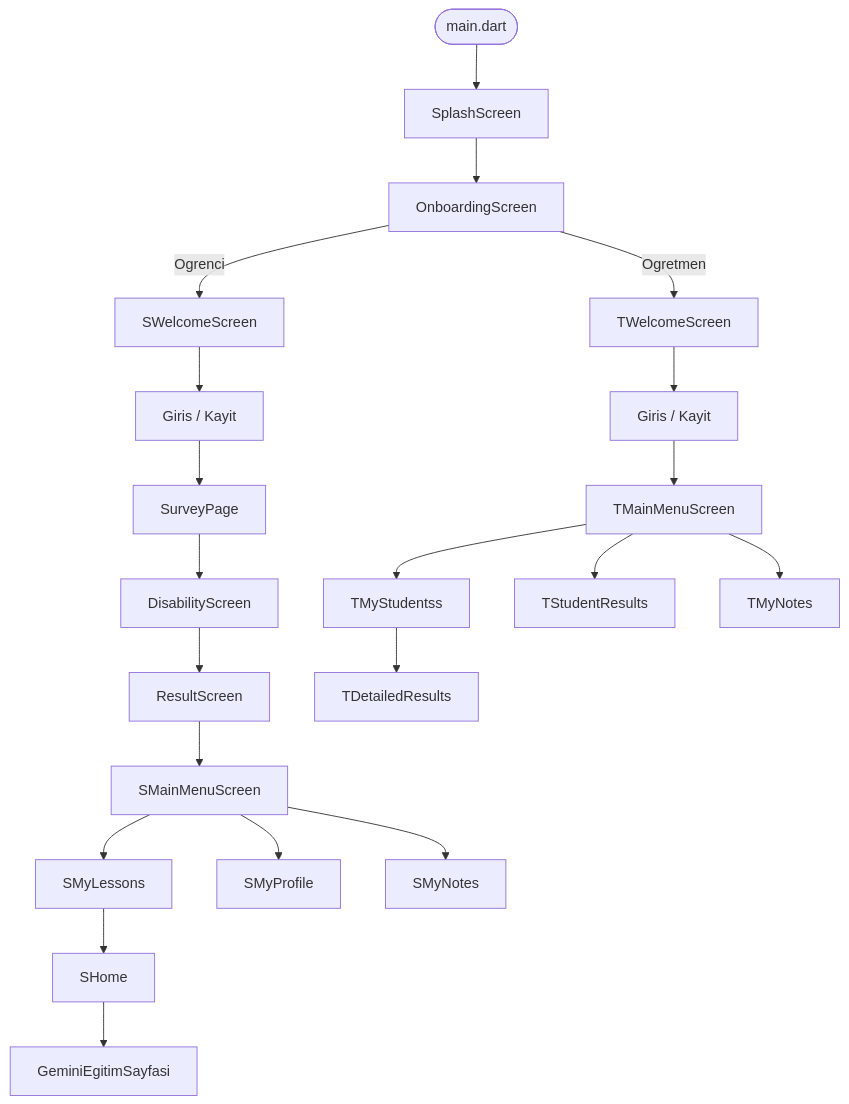
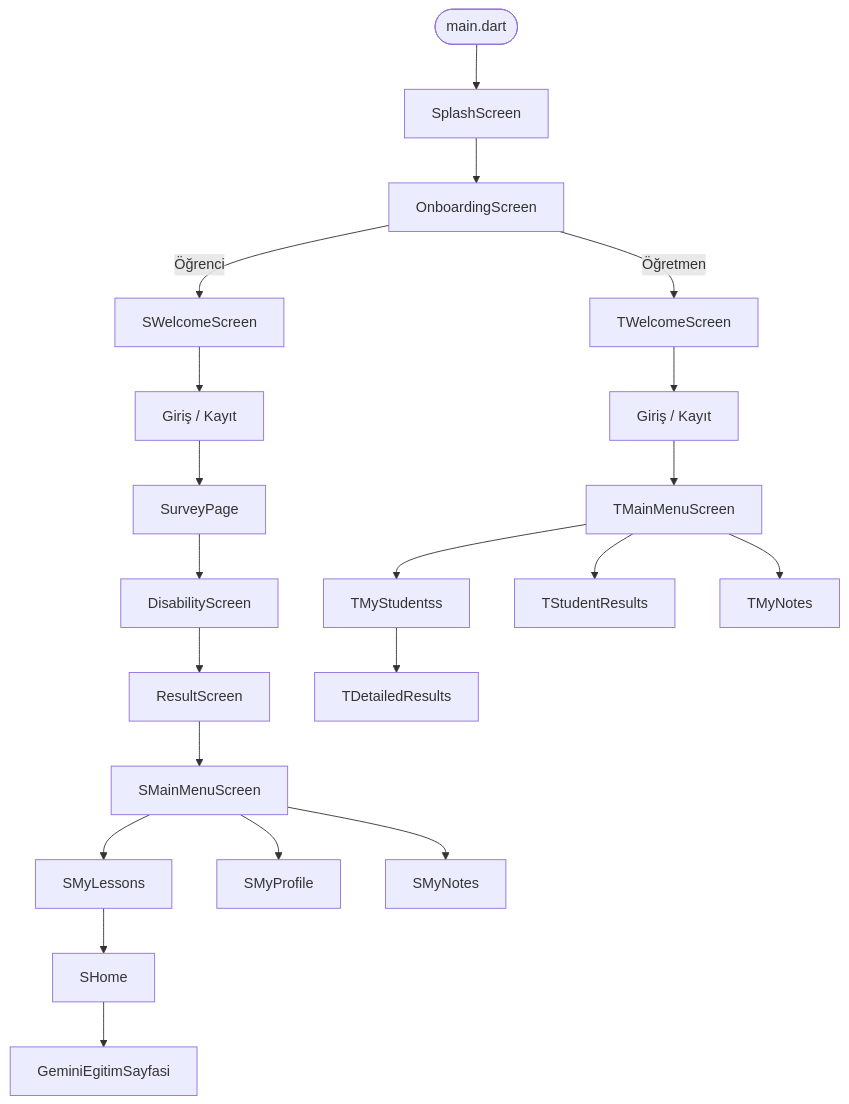
Before and after one commit to cansuyildirimmm/Smart-Edu: the first of 3 diagrams in TECHNICAL_REPORT.md, drawn with Mermaid. The commit also changed other lines of this file and 1 other file, not shown here.

````diff
--- a/TECHNICAL_REPORT.md
+++ b/TECHNICAL_REPORT.md
@@ -55,23 +55,23 @@
 ```mermaid
 flowchart TD
     A([main.dart]) --> B[SplashScreen]
     B --> C[OnboardingScreen]
-    C -->|Ogrenci| D[SWelcomeScreen]
-    C -->|Ogretmen| E[TWelcomeScreen]
-    D --> F[Giris / Kayit]
+    C -->|Öğrenci| D[SWelcomeScreen]
+    C -->|Öğretmen| E[TWelcomeScreen]
+    D --> F[Giriş / Kayıt]
     F --> G[SurveyPage]
     G --> H[DisabilityScreen]
     H --> I[ResultScreen]
     I --> J[SMainMenuScreen]
     J --> K[SMyLessons]
     J --> L[SMyProfile]
     J --> M[SMyNotes]
     K --> N[SHome]
     N --> O[GeminiEgitimSayfasi]
-    E --> P[Giris / Kayit]
+    E --> P[Giriş / Kayıt]
     P --> Q[TMainMenuScreen]
     Q --> R[TMyStudentss]
     Q --> S[TStudentResults]
     Q --> T[TMyNotes]
     R --> U[TDetailedResults]
 ```
````
